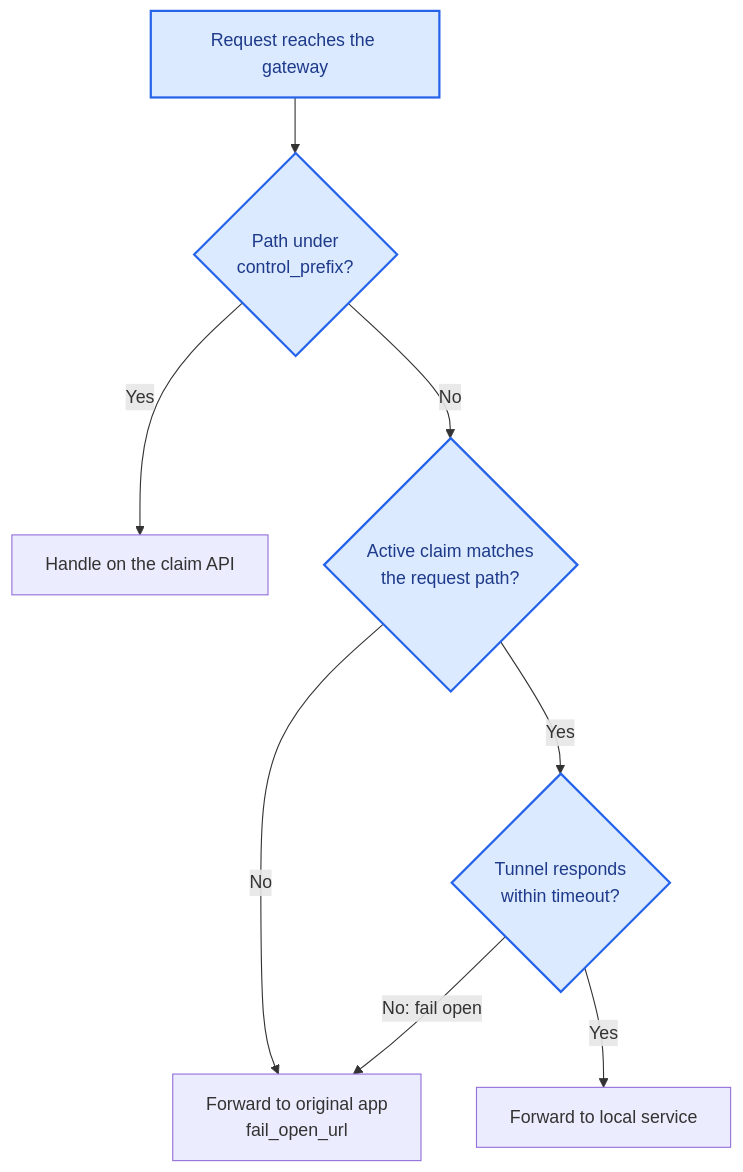
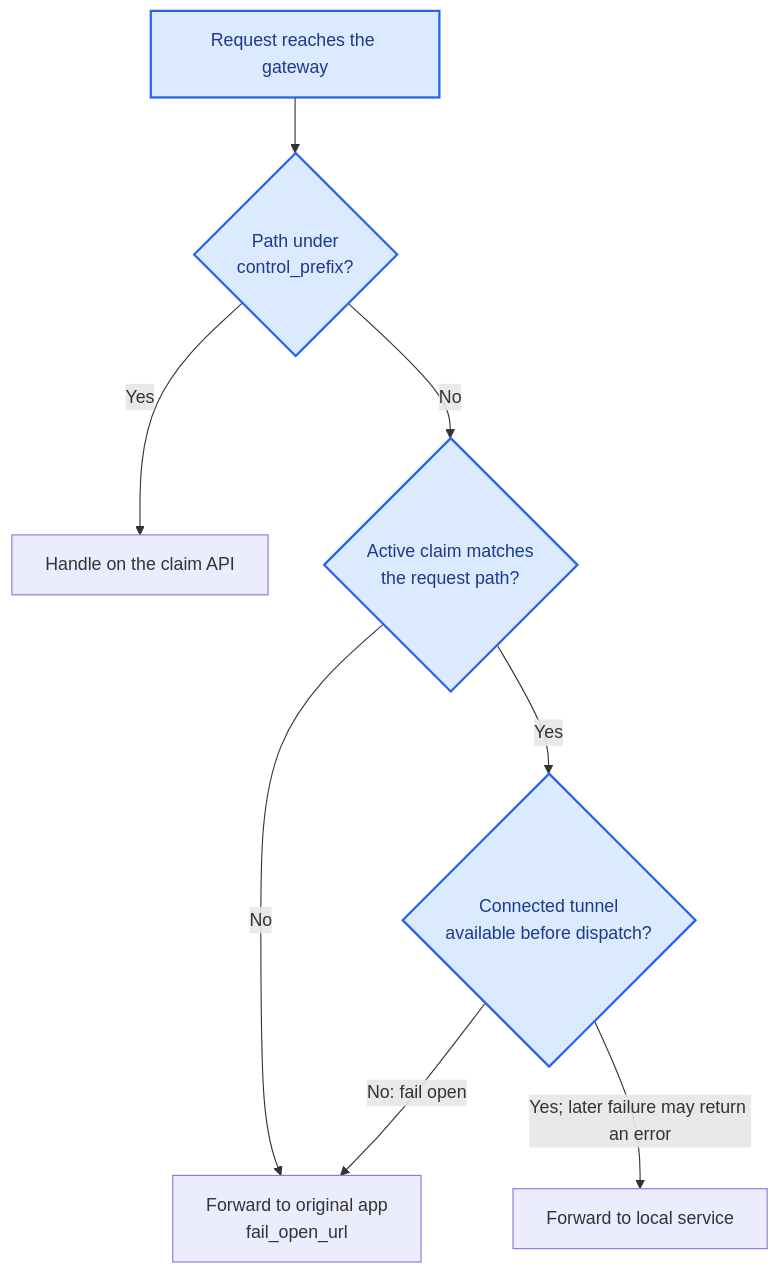
The second of 3 diagrams in docs/architecture.md (iml885203/tunlease), drawn with Mermaid before and after one commit. The commit also changed other lines of this file and 19 other files, not shown here.

````diff
--- a/docs/architecture.md
+++ b/docs/architecture.md
@@ -47,21 +57,21 @@
 ```mermaid
 flowchart TD
     Request[Request reaches the gateway]
     Control{Path under<br/>control_prefix?}
     API[Handle on the claim API]
     Match{Active claim matches<br/>the request path?}
-    Tunnel{Tunnel responds<br/>within timeout?}
+    Tunnel{Connected tunnel<br/>available before dispatch?}
     Local[Forward to local service]
     App[Forward to original app<br/>fail_open_url]
 
     Request --> Control
     Control -->|Yes| API
     Control -->|No| Match
     Match -->|No| App
     Match -->|Yes| Tunnel
-    Tunnel -->|Yes| Local
+    Tunnel -->|Yes; later failure may return an error| Local
     Tunnel -->|No: fail open| App
 
     classDef tunlease fill:#dbeafe,stroke:#2563eb,color:#1e3a8a,stroke-width:2px;
     class Request,Control,Match,Tunnel tunlease;
 ```
````
